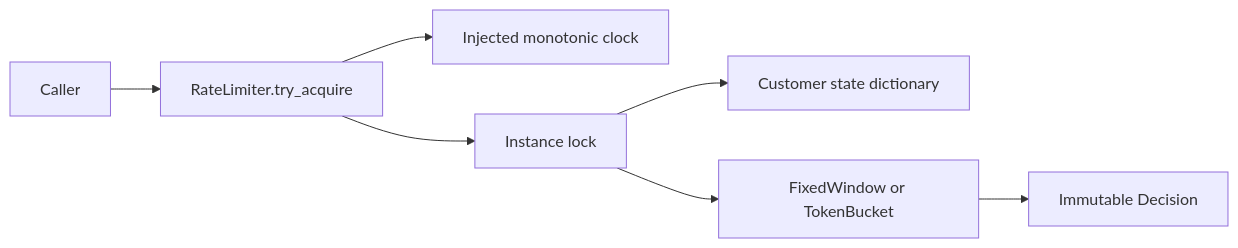
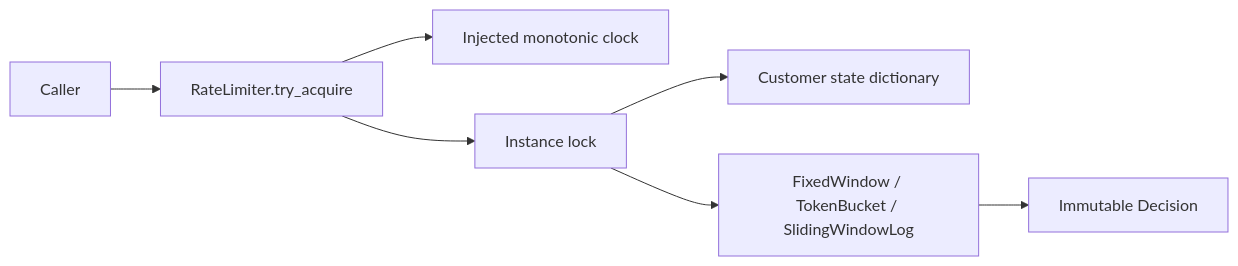
Before and after one commit to sangeetjena/practice: the first of 2 diagrams in LLD/rate-limiter/README.md, drawn with Mermaid. The commit also changed other lines of this file and 4 other files, not shown here.

Commit message:
Extend rate limiter with exact sliding window and document design contracts

````diff
--- a/LLD/rate-limiter/README.md
+++ b/LLD/rate-limiter/README.md
@@ -69,9 +87,9 @@
 ```mermaid
 flowchart LR
     Caller --> Engine[RateLimiter.try_acquire]
     Engine --> Clock[Injected monotonic clock]
     Engine --> Lock[Instance lock]
     Lock --> States[Customer state dictionary]
-    Lock --> Policy[FixedWindow or TokenBucket]
+    Lock --> Policy[FixedWindow / TokenBucket / SlidingWindowLog]
     Policy --> Decision[Immutable Decision]
 ```
````
